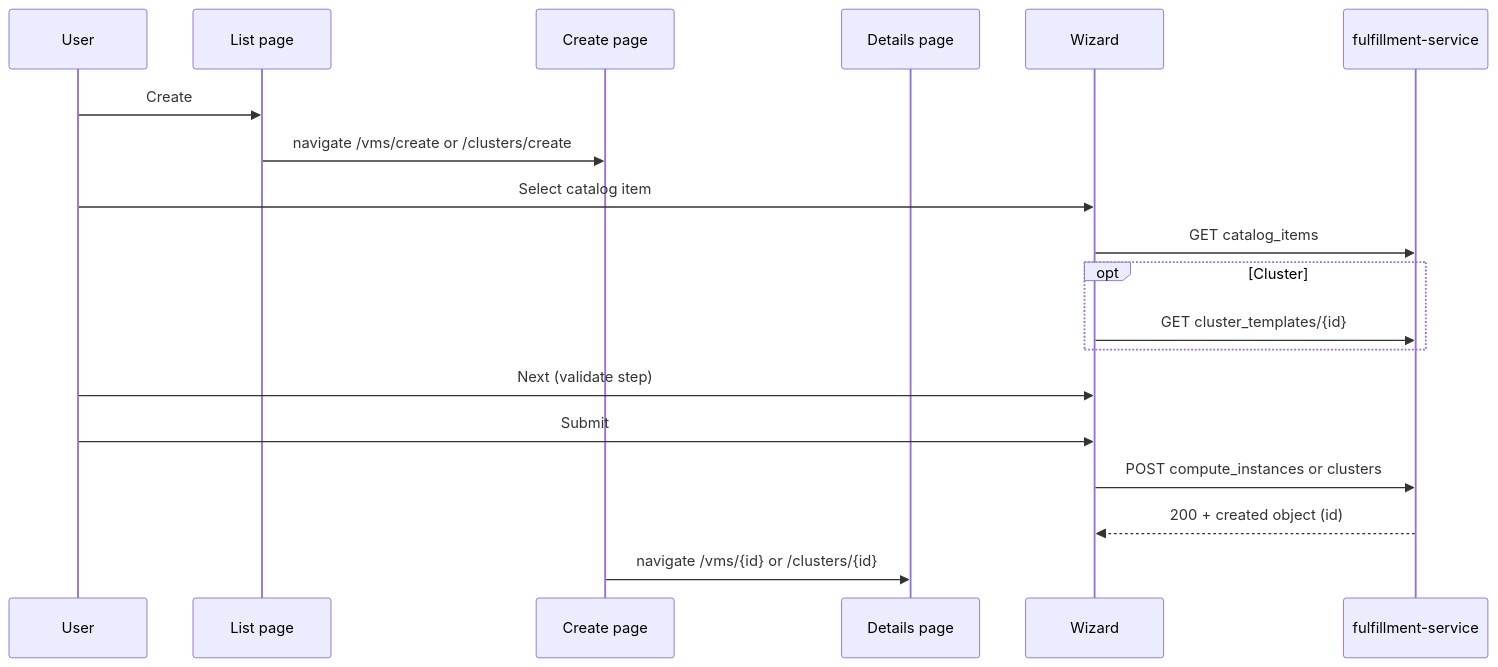
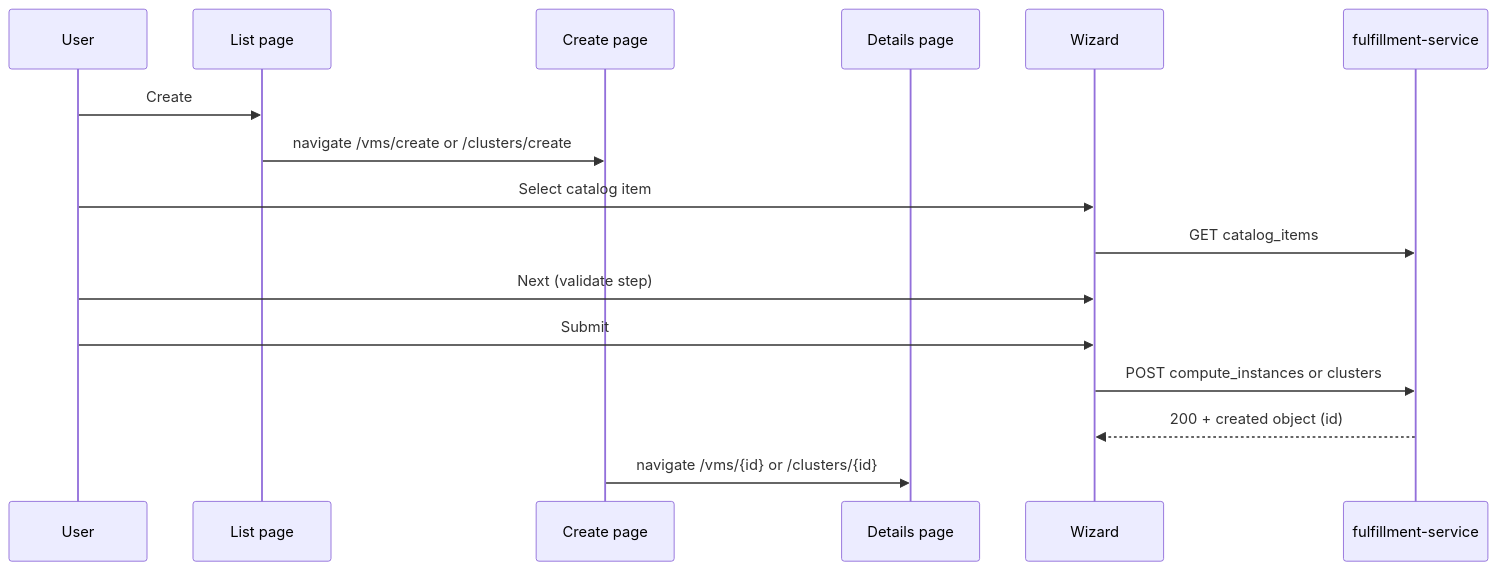
One commit to osac-project/enhancement-proposals changed the diagram in enhancements/cluster-and-vm-provisioning-wizard/design.md. Above: the diagram before and after it, drawn with Mermaid. The commit also changed other lines of this file and 1 other file, not shown here.

First line of the commit message:
OSAC-1421: revise cluster node_sets wizard to tenant-managed host types

````diff
--- a/enhancements/cluster-and-vm-provisioning-wizard/design.md
+++ b/enhancements/cluster-and-vm-provisioning-wizard/design.md
@@ -46,22 +47,19 @@
 ```mermaid
 sequenceDiagram
   participant User
   participant ListPage as List page
   participant CreatePage as Create page
   participant DetailsPage as Details page
   participant Wizard
   participant API as fulfillment-service
 
   User->>ListPage: Create
   ListPage->>CreatePage: navigate /vms/create or /clusters/create
   User->>Wizard: Select catalog item
   Wizard->>API: GET catalog_items
-  opt Cluster
-    Wizard->>API: GET cluster_templates/{id}
-  end
   User->>Wizard: Next (validate step)
   User->>Wizard: Submit
   Wizard->>API: POST compute_instances or clusters
   API-->>Wizard: 200 + created object (id)
   CreatePage->>DetailsPage: navigate /vms/{id} or /clusters/{id}
 ```
````
